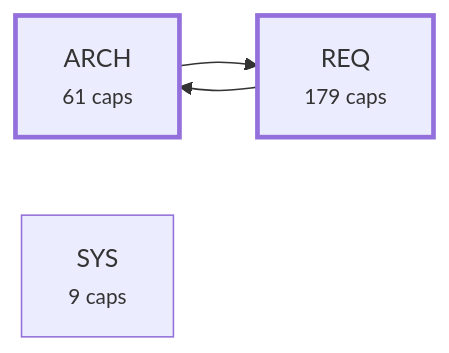
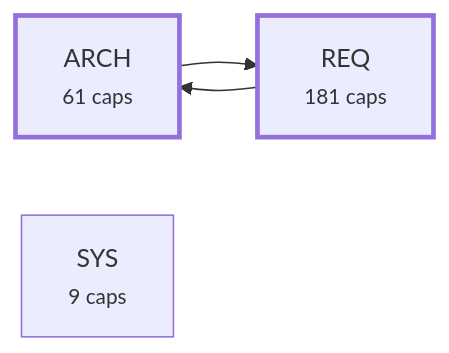
One commit to alxmax/Requirement-manager changed the third of 4 diagrams in plugin/requirements/_map.md. Above: the diagram before and after it, drawn with Mermaid. The commit also changed other lines of this file and 31 other files, not shown here.

````diff
--- a/plugin/requirements/_map.md
+++ b/plugin/requirements/_map.md
@@ -934,10 +936,10 @@
 ```mermaid
 graph LR
   a_ARCH["ARCH<br><small>61 caps</small>"]
-  a_REQ["REQ<br><small>179 caps</small>"]
+  a_REQ["REQ<br><small>181 caps</small>"]
   a_SYS["SYS<br><small>9 caps</small>"]
   a_ARCH --> a_REQ
   a_REQ --> a_ARCH
   style a_ARCH stroke-width:3px
   style a_REQ stroke-width:3px
 ```
````
